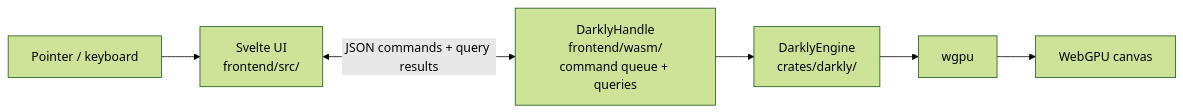
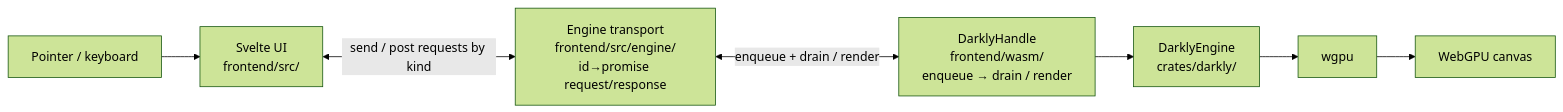
Before and after one commit to darkly-art/darkly: the diagram in AGENTS.md, drawn with Mermaid (forest theme). The commit also changed other lines of this file, not shown here.

````diff
--- a/AGENTS.md
+++ b/AGENTS.md
@@ -21,15 +21,17 @@
 ```mermaid
 flowchart LR
     User[Pointer / keyboard]
     Svelte[Svelte UI<br/>frontend/src/]
-    Bridge[DarklyHandle<br/>frontend/wasm/<br/>command queue + queries]
-    Engine[DarklyEngine<br/>crates/darkly/]
+    Transport[Engine transport<br/>frontend/src/engine/<br/>id→promise request/response]
+    Handle[DarklyHandle<br/>frontend/wasm/<br/>enqueue → drain / render]
+    Core[DarklyEngine<br/>crates/darkly/]
     WGPU[wgpu]
     Canvas[WebGPU canvas]
 
     User --> Svelte
-    Svelte <-->|JSON commands + query results| Bridge
-    Bridge --> Engine
-    Engine --> WGPU
+    Svelte <-->|send / post requests by kind| Transport
+    Transport <-->|enqueue + drain / render| Handle
+    Handle --> Core
+    Core --> WGPU
     WGPU --> Canvas
 ```
````
